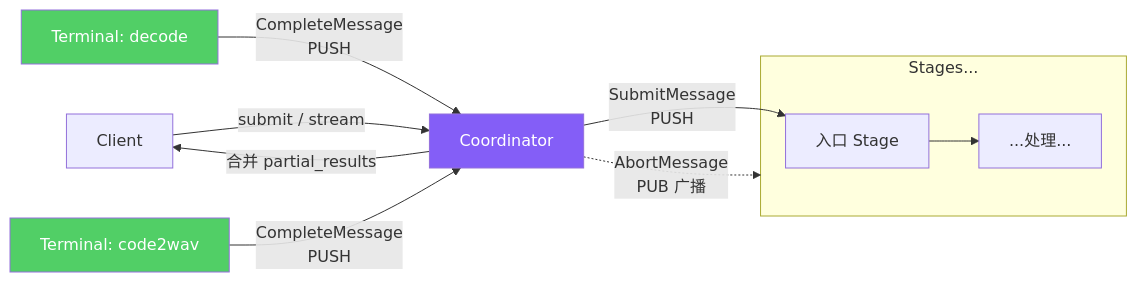
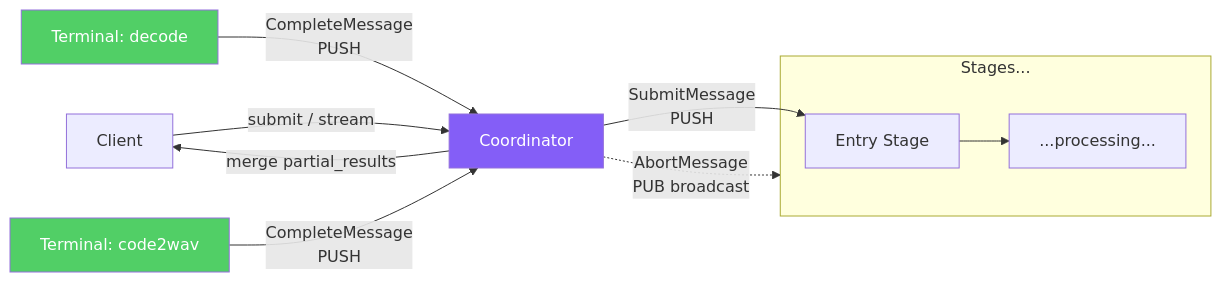
Before and after one commit to zhaochenyang20/Awesome-ML-SYS-Tutorial: diagram 13 of 31 in sglang/sglang-omni/README.md, drawn with Mermaid. The commit also changed other lines of this file, not shown here.

First line of the commit message:
style: use English in all Mermaid diagrams, fix broken links, simplify oversized charts

````diff
--- a/sglang/sglang-omni/README.md
+++ b/sglang/sglang-omni/README.md
@@ -667,19 +602,19 @@
 ```mermaid
 graph LR
     Client["Client"] --> |submit / stream| CO["Coordinator"]
-    CO --> |SubmitMessage<br/>PUSH| Entry["入口 Stage"]
+    CO --> |SubmitMessage<br/>PUSH| Entry["Entry Stage"]
 
     subgraph Stages["Stages..."]
-        Entry --> S["...处理..."]
+        Entry --> S["...processing..."]
     end
 
     Terminal1["Terminal: decode"] --> |CompleteMessage<br/>PUSH| CO
     Terminal2["Terminal: code2wav"] --> |CompleteMessage<br/>PUSH| CO
-    CO --> |合并 partial_results| Client
+    CO --> |"merge partial_results"| Client
 
-    CO -. "AbortMessage<br/>PUB 广播" .-> Stages
+    CO -. "AbortMessage<br/>PUB broadcast" .-> Stages
 
     style CO fill:#845ef7,color:#fff
     style Terminal1 fill:#51cf66,color:#fff
     style Terminal2 fill:#51cf66,color:#fff
 ```
````
